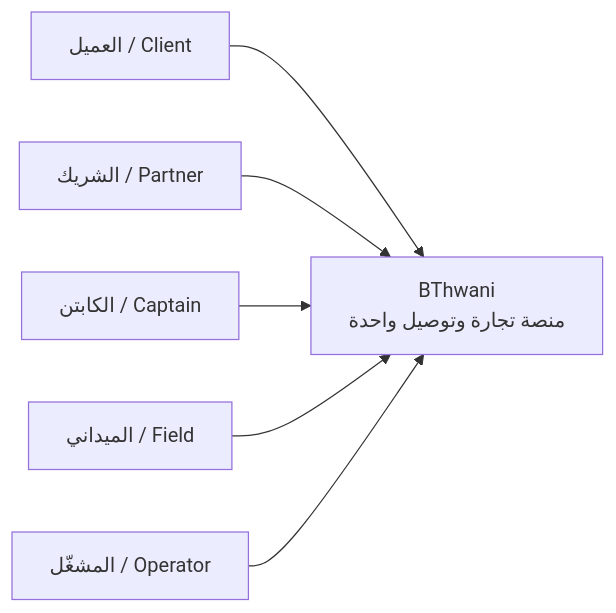
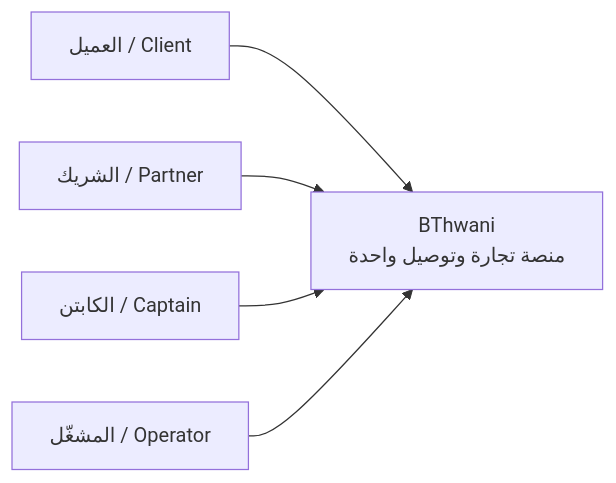
One commit to bthwani2-boop/samrim changed the first of 3 diagrams in docs/architecture-c4.md. Above: the diagram before and after it, drawn with Mermaid. The commit also changed other lines of this file and 19 other files, not shown here.

Commit message:
refactor(repo): remove unused pilot and reconcile active architecture terminology

```diff
--- a/docs/architecture-c4.md
+++ b/docs/architecture-c4.md
@@ -34,14 +34,12 @@
 ~~~mermaid
 flowchart LR
     Client["العميل / Client"]
     Partner["الشريك / Partner"]
     Captain["الكابتن / Captain"]
-    Field["الميداني / Field"]
     Operator["المشغّل / Operator"]
     BTH["BThwani\nمنصة تجارة وتوصيل واحدة"]
     Client --> BTH
     Partner --> BTH
     Captain --> BTH
-    Field --> BTH
     Operator --> BTH
 ~~~
```
